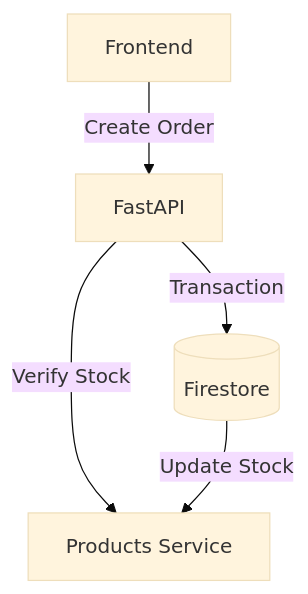
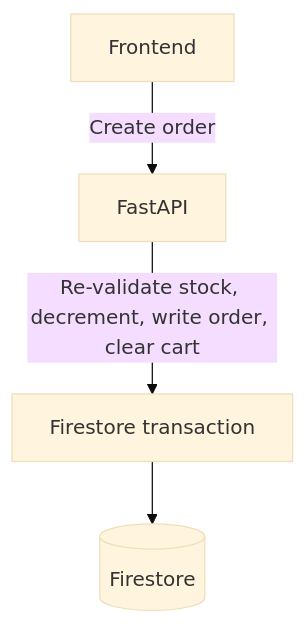
One commit to ChristianMendozaa/UCB-e-commerce changed the diagram in services/orders/README.md. Above: the diagram before and after it, drawn with Mermaid (base theme). The commit also changed other lines of this file and 8 other files, not shown here.

First line of the commit message:
Enhance documentation and architecture details across services

````diff
--- a/services/orders/README.md
+++ b/services/orders/README.md
@@ -9,7 +10,6 @@
 ```mermaid
 graph TD
-    Frontend -->|Create Order| API[FastAPI]
-    API -->|Verify Stock| Products[Products Service]
-    API -->|Transaction| DB[(Firestore)]
-    DB -->|Update Stock| Products
+    Frontend -->|Create order| API[FastAPI]
+    API -->|Re-validate stock, decrement, write order, clear cart| TX["Firestore transaction"]
+    TX --> DB[(Firestore)]
 ```
````
